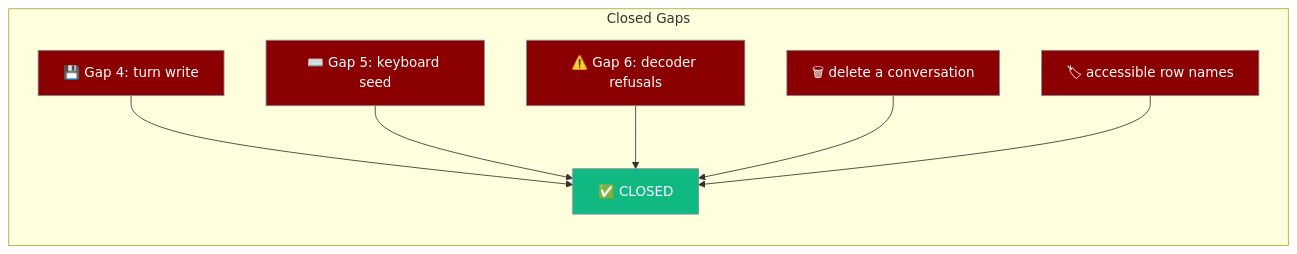
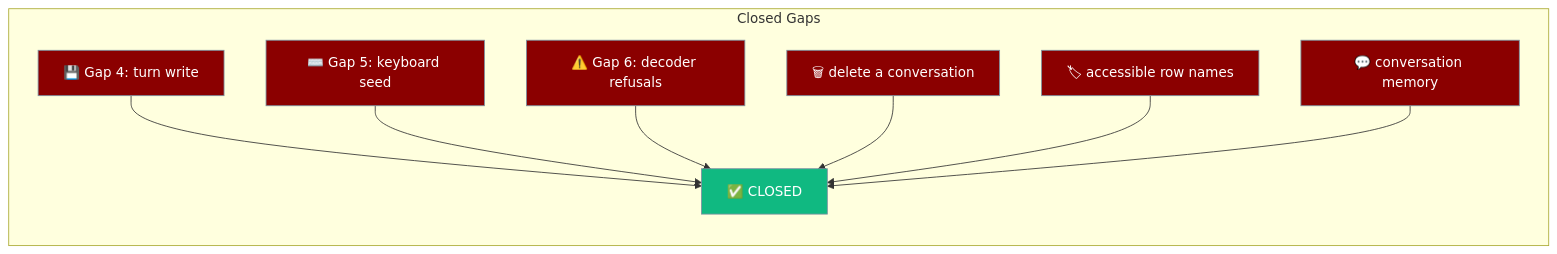
The second of 2 diagrams in docs/features/mobile/capabilities-and-gaps.mdx (MervinPraison/PraisonAIDocs), drawn with Mermaid before and after one commit. The commit also changed other lines of this file and 4 other files, not shown here.

First line of the commit message:
docs(mobile): document conversation memory restore + truncation budget (fixes #3816)

````diff
--- a/docs/features/mobile/capabilities-and-gaps.mdx
+++ b/docs/features/mobile/capabilities-and-gaps.mdx
@@ -33,16 +33,17 @@
 ```mermaid
 graph LR
     subgraph "Closed Gaps"
         G4[💾 Gap 4: turn write] --> C[✅ CLOSED]
         G5[⌨️ Gap 5: keyboard seed] --> C
         G6[⚠️ Gap 6: decoder refusals] --> C
         G7[🗑 delete a conversation] --> C
         G8[🏷 accessible row names] --> C
+        G9[💬 conversation memory] --> C
     end
 
     classDef gap fill:#8B0000,stroke:#7C90A0,color:#fff
     classDef done fill:#10B981,stroke:#7C90A0,color:#fff
 
-    class G4,G5,G6,G7,G8 gap
+    class G4,G5,G6,G7,G8,G9 gap
     class C done
 ```
````
